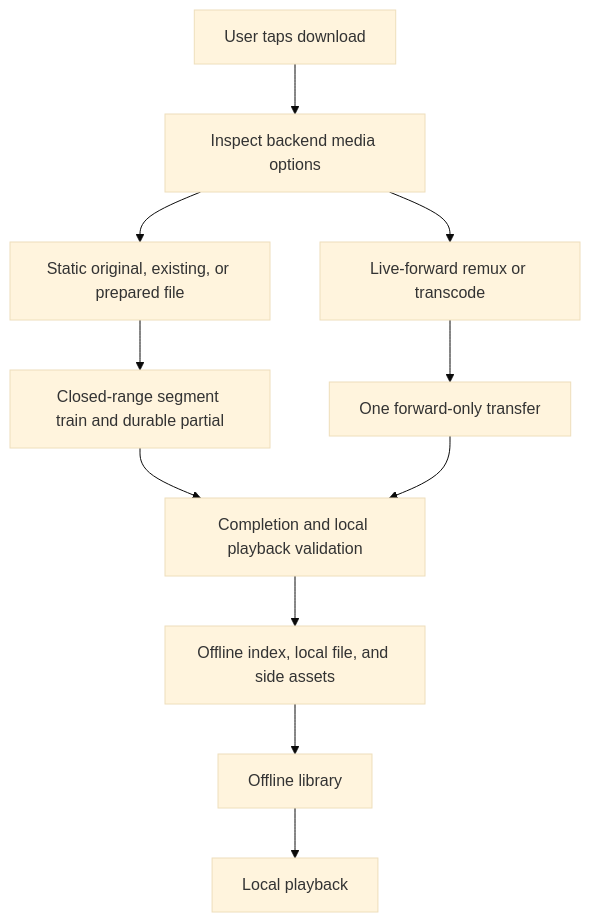
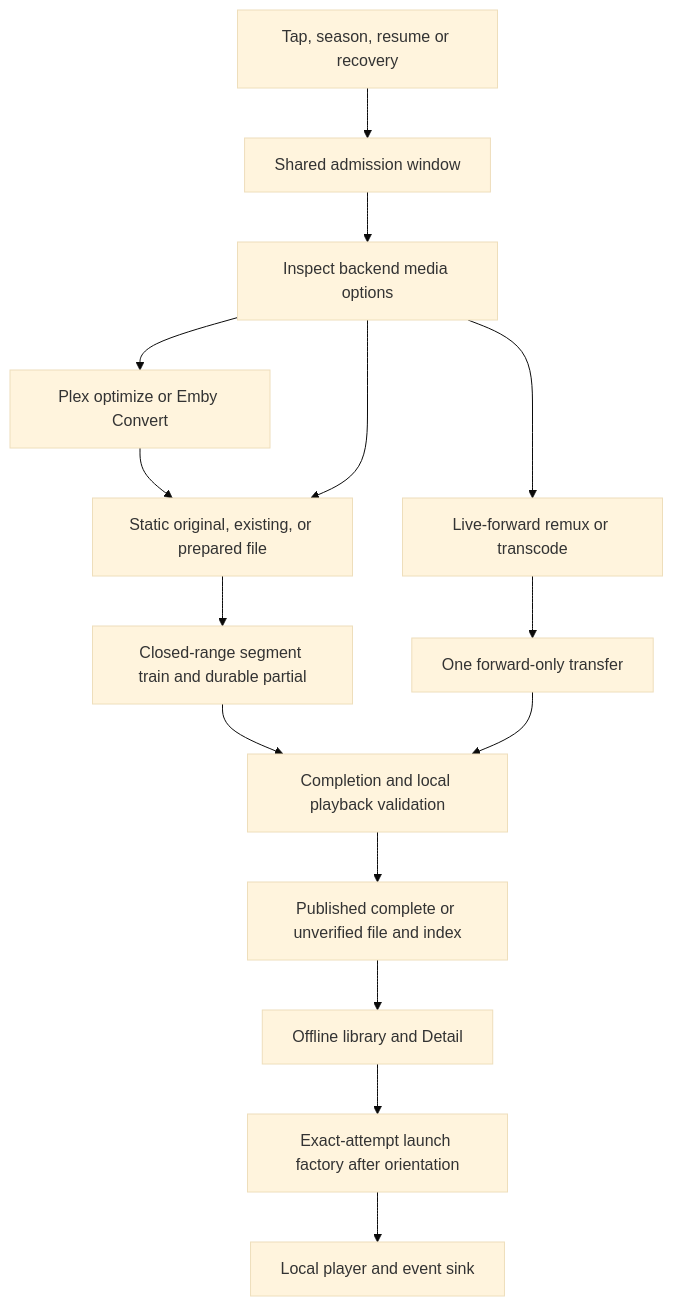
The first of 3 diagrams in docs/DOWNLOADS-OFFLINE.md (jlipworth/Labstream), drawn with Mermaid (base theme) before and after one commit. The commit also changed other lines of this file and 464 other files, not shown here.

````diff
--- a/docs/DOWNLOADS-OFFLINE.md
+++ b/docs/DOWNLOADS-OFFLINE.md
@@ -9,15 +9,19 @@
 ```mermaid
 flowchart TD
   accTitle: Static and live-forward download routes
-  accDescr: Backend inspection selects either a durable static source or a live-forward server stream. Static files use byte-range checkpoints; live-forward streams can require a restart from the beginning after interruption. Both routes keep a file only after completion validation.
-  Request[User taps download] --> Inspect[Inspect backend media options]
+  accDescr: User and recovery requests share admission. Backend inspection selects a static source, server preparation, or live-forward stream. Completion captures and validates the body before publication as complete or unverified. Both local launch surfaces use one exact-attempt factory and event sink.
+  Request[Tap, season, resume or recovery] --> Admission[Shared admission window]
+  Admission --> Inspect[Inspect backend media options]
+  Inspect --> Prep[Plex optimize or Emby Convert]
+  Prep --> Static
   Inspect --> Static[Static original, existing, or prepared file]
   Inspect --> Live[Live-forward remux or transcode]
   Static --> Train[Closed-range segment train and durable partial]
   Live --> Forward[One forward-only transfer]
   Train --> Validate[Completion and local playback validation]
   Forward --> Validate
-  Validate --> Store[Offline index, local file, and side assets]
-  Store --> Offline[Offline library]
-  Offline --> Player[Local playback]
+  Validate --> Store[Published complete or unverified file and index]
+  Store --> Offline[Offline library and Detail]
+  Offline --> Factory[Exact-attempt launch factory after orientation]
+  Factory --> Player[Local player and event sink]
 ```
````
